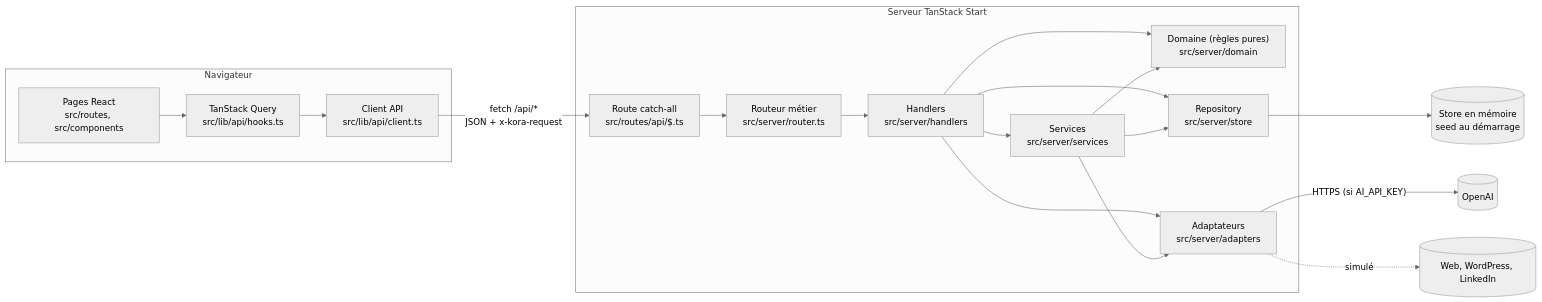
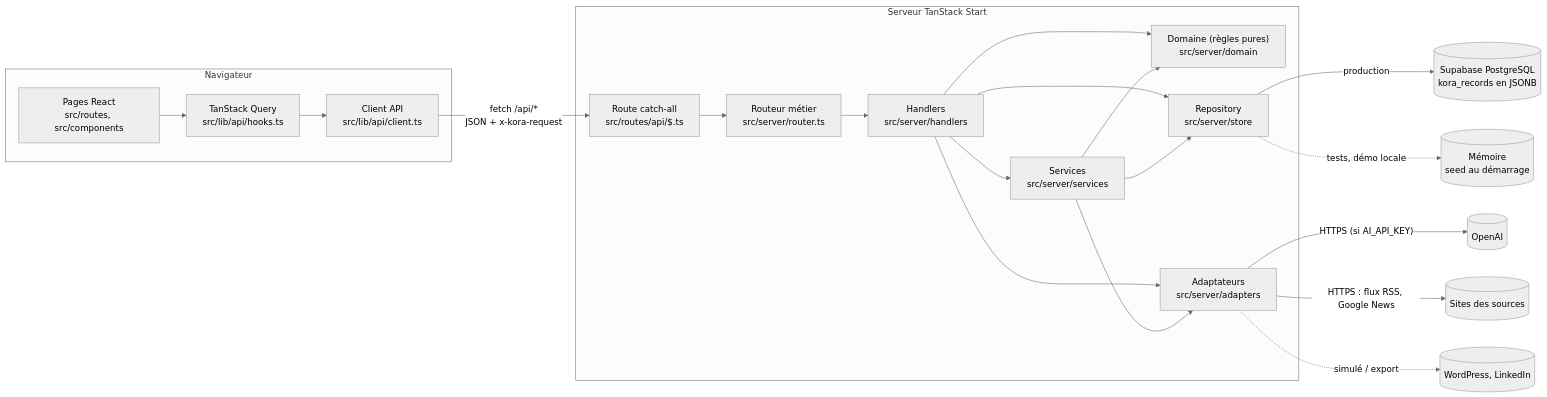
The first of 2 diagrams in docs/02-architecture.md (Makk7709/koraino), drawn with Mermaid (neutral theme) before and after one commit. The commit also changed other lines of this file and 12 other files, not shown here.

````diff
--- a/docs/02-architecture.md
+++ b/docs/02-architecture.md
@@ -23,30 +23,32 @@
 ```mermaid
 flowchart LR
   subgraph Navigateur
     UI["Pages React<br/>src/routes, src/components"]
     Q["TanStack Query<br/>src/lib/api/hooks.ts"]
     C["Client API<br/>src/lib/api/client.ts"]
     UI --> Q --> C
   end
   subgraph "Serveur TanStack Start"
     R["Route catch-all<br/>src/routes/api/$.ts"]
     RT["Routeur métier<br/>src/server/router.ts"]
     H["Handlers<br/>src/server/handlers"]
     S["Services<br/>src/server/services"]
     D["Domaine (règles pures)<br/>src/server/domain"]
     ST["Repository<br/>src/server/store"]
     A["Adaptateurs<br/>src/server/adapters"]
     R --> RT --> H
     H --> S
     H --> D
     S --> D
     H --> ST
     S --> ST
     H --> A
     S --> A
   end
   C -- "fetch /api/*<br/>JSON + x-kora-request" --> R
   A -- "HTTPS (si AI_API_KEY)" --> OAI[(OpenAI)]
-  A -. "simulé" .-> EXT[(Web, WordPress, LinkedIn)]
-  ST --> MEM[("Store en mémoire<br/>seed au démarrage")]
+  A -- "HTTPS : flux RSS, Google News" --> WEB[(Sites des sources)]
+  A -. "simulé / export" .-> EXT[(WordPress, LinkedIn)]
+  ST -- "production" --> DB[("Supabase PostgreSQL<br/>kora_records en JSONB")]
+  ST -. "tests, démo locale" .-> MEM[("Mémoire<br/>seed au démarrage")]
 ```
````
